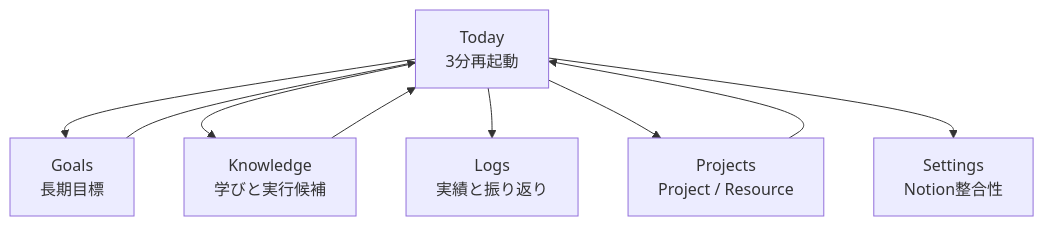
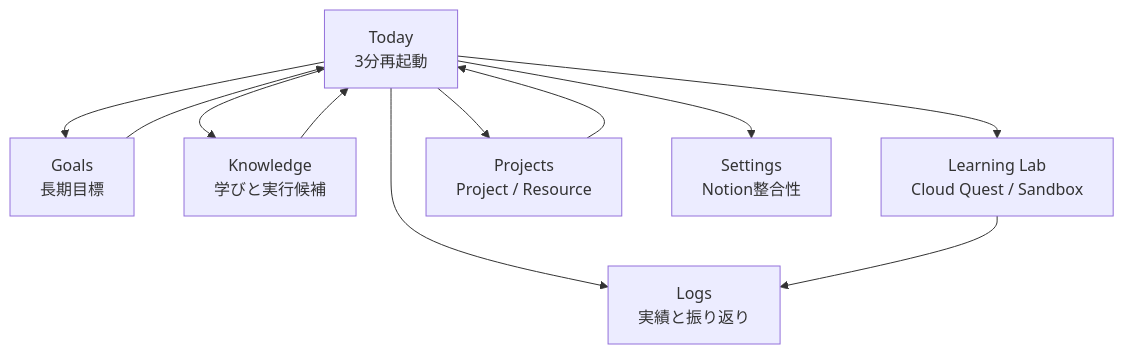
The first of 2 diagrams in .explainApp/screens.md (kum4san5/gemini_diary), drawn with Mermaid before and after one commit. The commit also changed other lines of this file and 11 other files, not shown here.

````diff
--- a/.explainApp/screens.md
+++ b/.explainApp/screens.md
@@ -5,11 +5,13 @@
 ```mermaid
 flowchart TD
     Today[Today<br/>3分再起動] --> Goals[Goals<br/>長期目標]
     Today --> Knowledge[Knowledge<br/>学びと実行候補]
     Today --> Logs[Logs<br/>実績と振り返り]
+    Today --> Lab[Learning Lab<br/>Cloud Quest / Sandbox]
     Today --> Projects[Projects<br/>Project / Resource]
     Today --> Settings[Settings<br/>Notion整合性]
+    Lab --> Logs
     Goals --> Today
     Knowledge --> Today
     Projects --> Today
 ```
````
